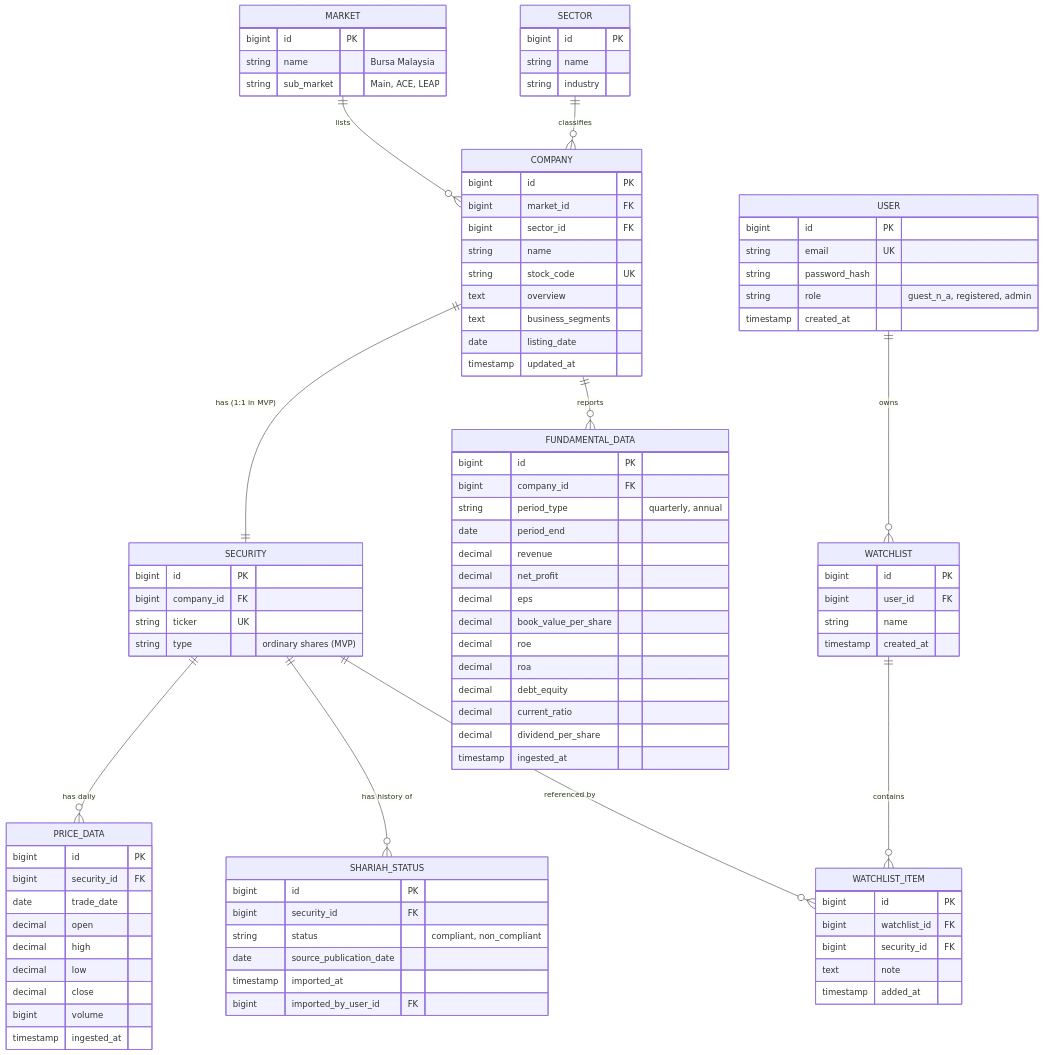
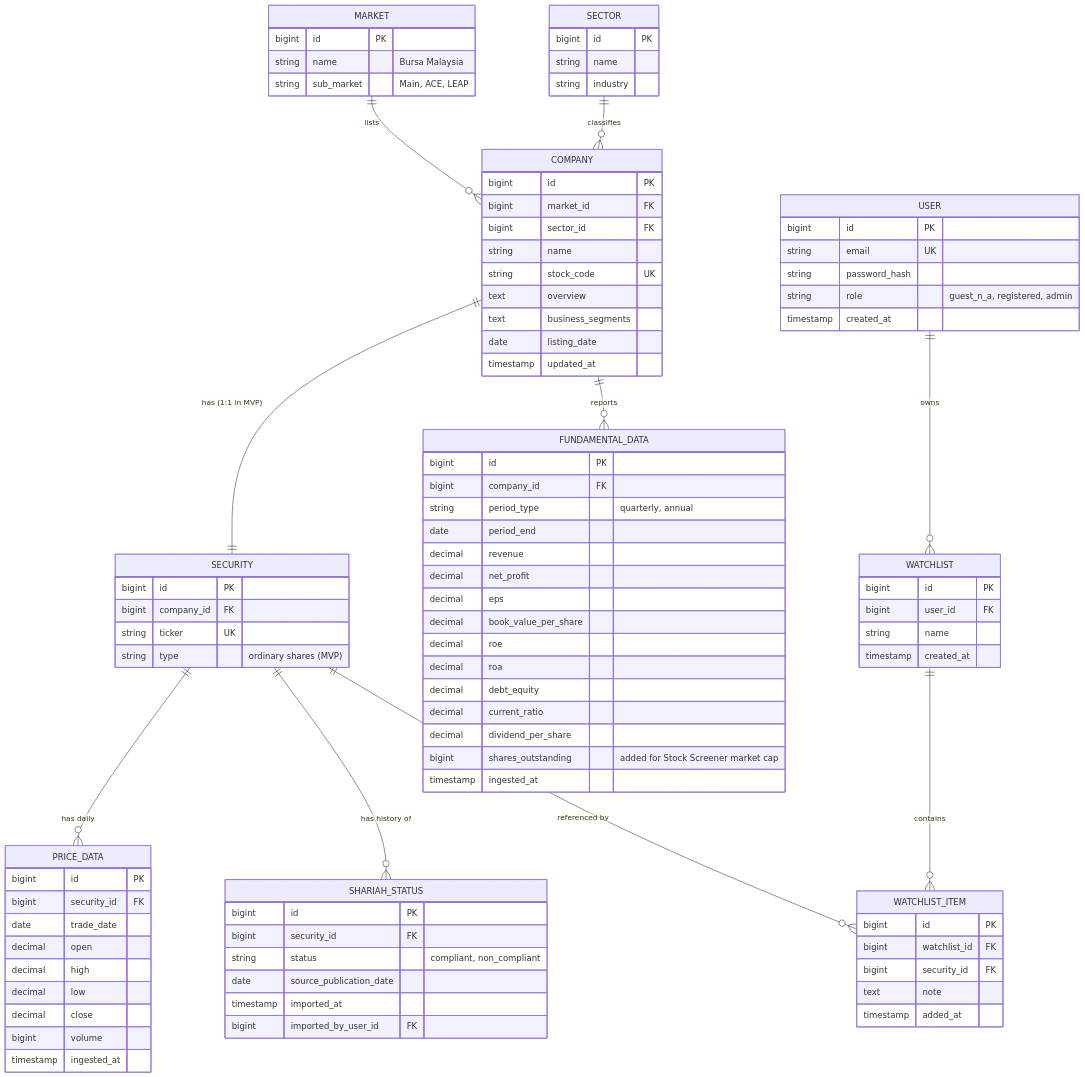
One commit to sabarm67/market changed the diagram in docs/03-data-design/erd.md. Above: the diagram before and after it, drawn with Mermaid. The commit also changed 35 other files, not shown here.

```diff
--- a/docs/03-data-design/erd.md
+++ b/docs/03-data-design/erd.md
@@ -76,6 +76,7 @@
         decimal debt_equity
         decimal current_ratio
         decimal dividend_per_share
+        bigint shares_outstanding "added for Stock Screener market cap"
         timestamp ingested_at
     }
 
```
